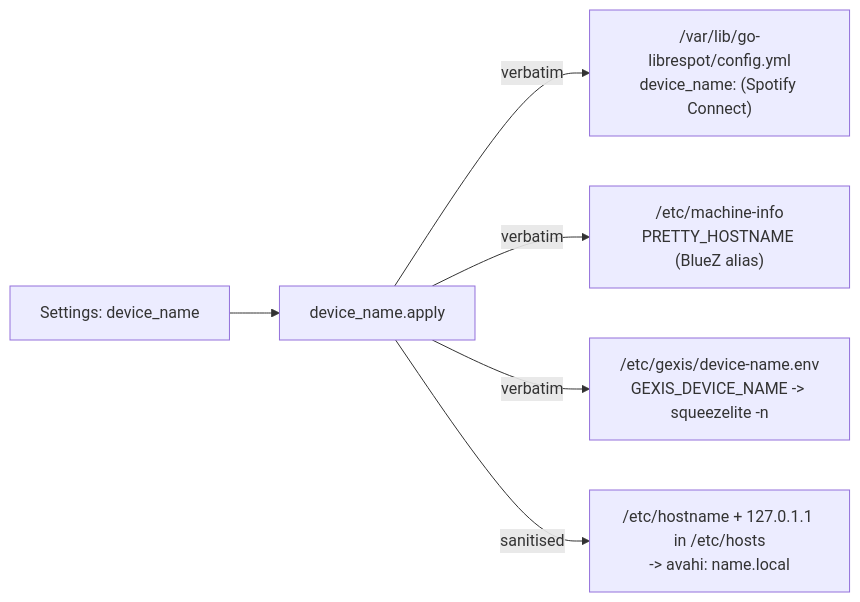
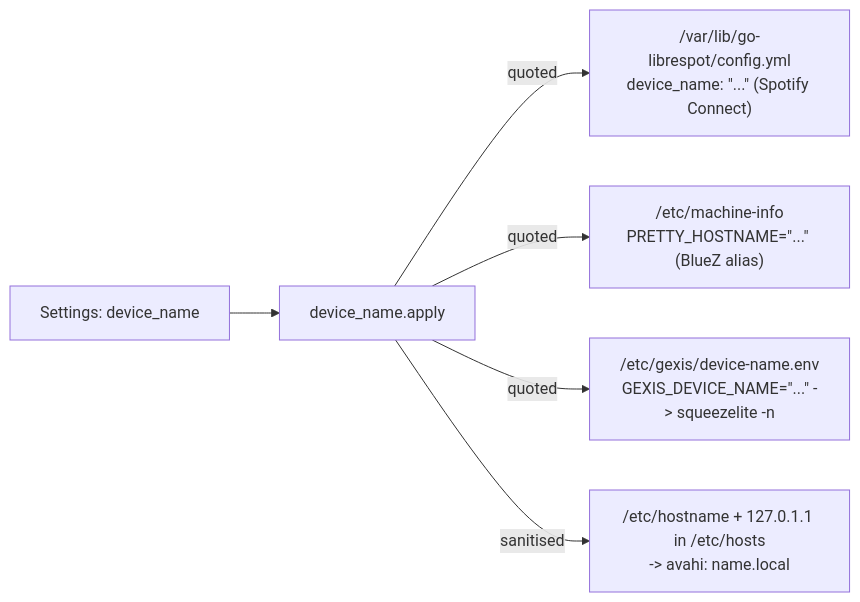
The fourth of 4 diagrams in docs/tech/setup-and-network.md (gcarstoiu/gexis-player), drawn with Mermaid before and after one commit. The commit also changed other lines of this file and 16 other files, not shown here.

````diff
--- a/docs/tech/setup-and-network.md
+++ b/docs/tech/setup-and-network.md
@@ -348,8 +374,8 @@
 ```mermaid
 flowchart LR
   S[Settings: device_name] --> A[device_name.apply]
-  A -->|verbatim| L["/var/lib/go-librespot/config.yml<br/>device_name: (Spotify Connect)"]
-  A -->|verbatim| B["/etc/machine-info<br/>PRETTY_HOSTNAME (BlueZ alias)"]
-  A -->|verbatim| E["/etc/gexis/device-name.env<br/>GEXIS_DEVICE_NAME -> squeezelite -n"]
+  A -->|quoted| L["/var/lib/go-librespot/config.yml<br/>device_name: #quot;...#quot; (Spotify Connect)"]
+  A -->|quoted| B["/etc/machine-info<br/>PRETTY_HOSTNAME=#quot;...#quot; (BlueZ alias)"]
+  A -->|quoted| E["/etc/gexis/device-name.env<br/>GEXIS_DEVICE_NAME=#quot;...#quot; -> squeezelite -n"]
   A -->|sanitised| H["/etc/hostname + 127.0.1.1 in /etc/hosts<br/>-> avahi: name.local"]
 ```
````
